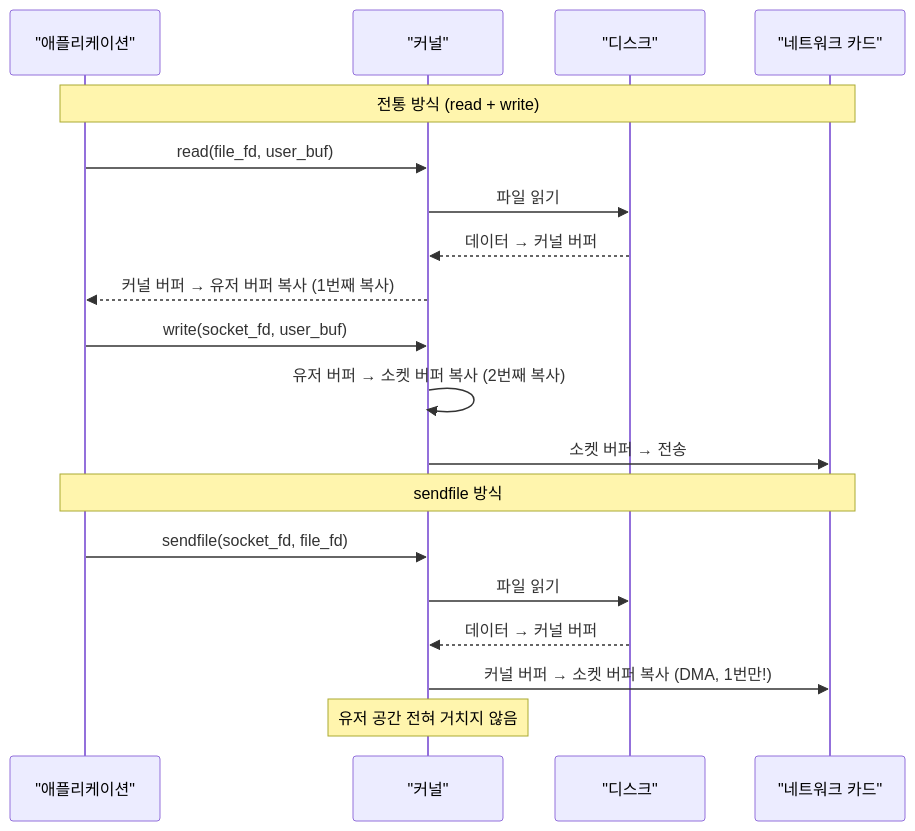
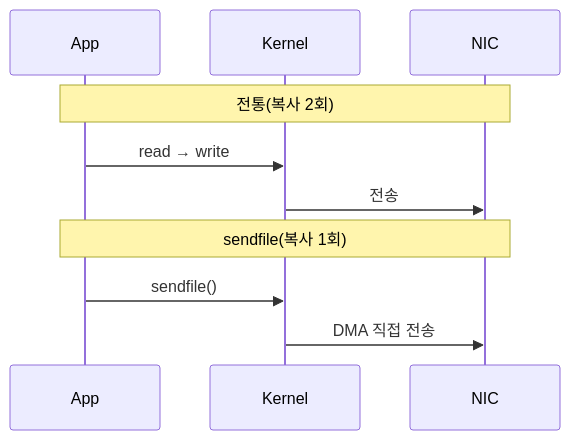
The sixth of 18 diagrams in _posts/server/2026-05-01-nginx.md (yjkim2015/yjkim2015.github.io), drawn with Mermaid before and after one commit. The commit also changed other lines of this file and 215 other files, not shown here.

First line of the commit message:
신규 포스트 10개 추가 + Mermaid 전면 축소 + SystemDesign 시리즈 보강

````diff
--- a/_posts/server/2026-05-01-nginx.md
+++ b/_posts/server/2026-05-01-nginx.md
@@ -164,23 +151,12 @@
 ```mermaid
 sequenceDiagram
-    participant A as "애플리케이션"
-    participant K as "커널"
-    participant D as "디스크"
-    participant N as "네트워크 카드"
-
-    Note over A,N: 전통 방식 (read + write)
-    A->>K: read(file_fd, user_buf)
-    K->>D: 파일 읽기
-    D-->>K: 데이터 → 커널 버퍼
-    K-->>A: 커널 버퍼 → 유저 버퍼 복사 (1번째 복사)
-    A->>K: write(socket_fd, user_buf)
-    K->>K: 유저 버퍼 → 소켓 버퍼 복사 (2번째 복사)
-    K->>N: 소켓 버퍼 → 전송
-
-    Note over A,N: sendfile 방식
-    A->>K: sendfile(socket_fd, file_fd)
-    K->>D: 파일 읽기
-    D-->>K: 데이터 → 커널 버퍼
-    K->>N: 커널 버퍼 → 소켓 버퍼 복사 (DMA, 1번만!)
-    Note over K: 유저 공간 전혀 거치지 않음
+    participant A as App
+    participant K as Kernel
+    participant N as NIC
+    Note over A,N: 전통(복사 2회)
+    A->>K: read → write
+    K->>N: 전송
+    Note over A,N: sendfile(복사 1회)
+    A->>K: sendfile()
+    K->>N: DMA 직접 전송
 ```
````
